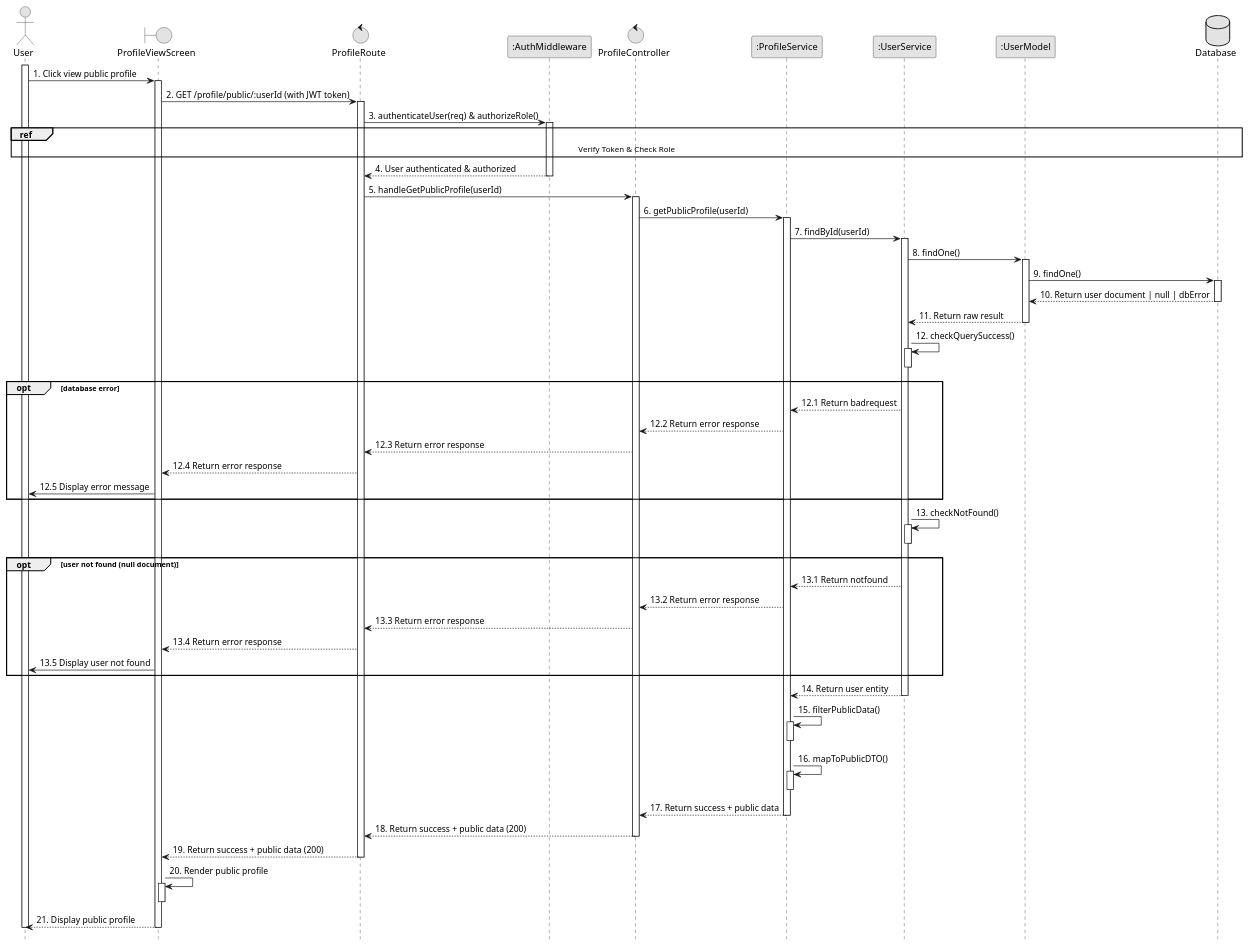
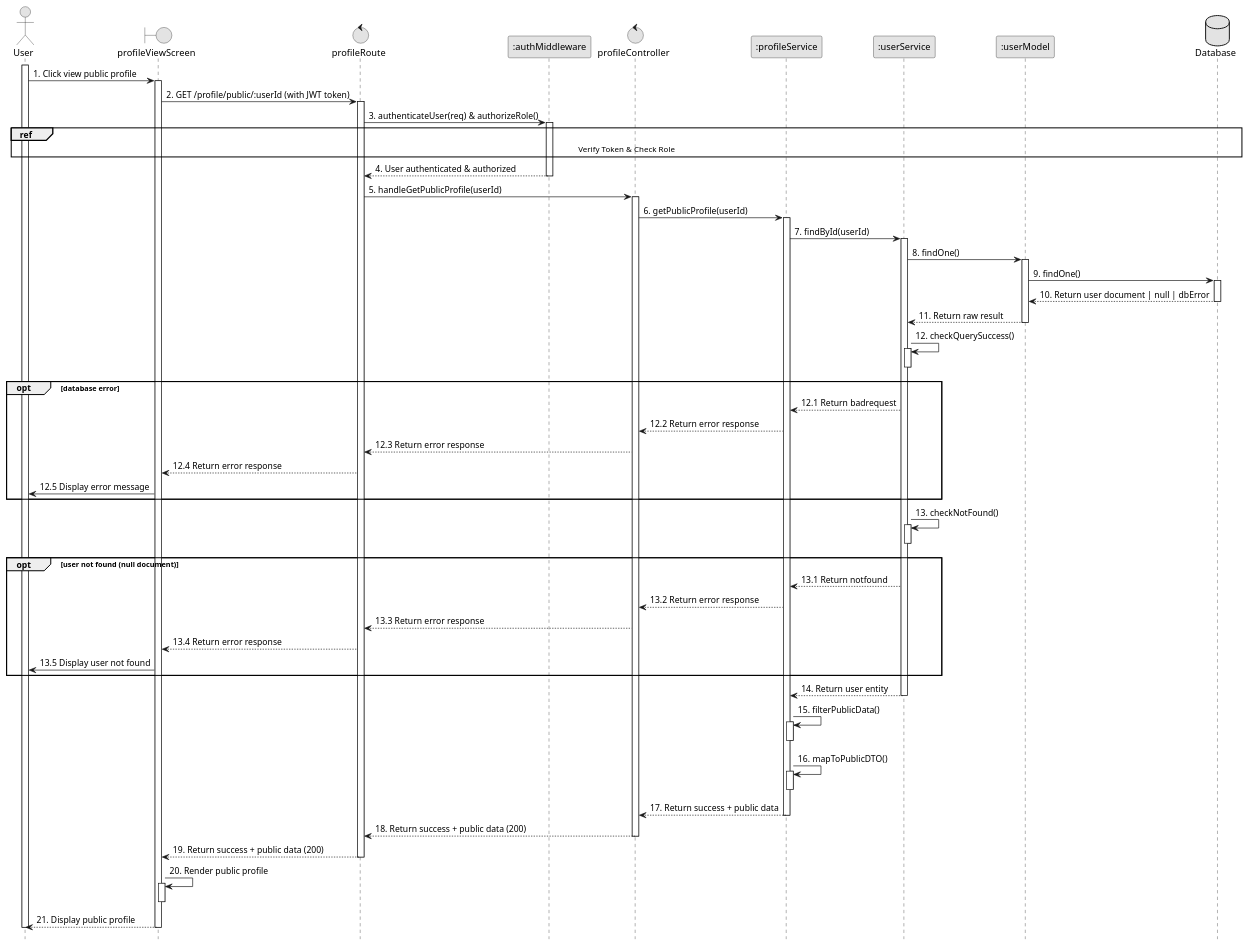
The diagram in planuml/web/9.3_viewPublicProfile.puml (VietDurian/VietDurian), drawn with PlantUML before and after one commit. The commit also changed 23 other files, not shown here.

Commit message:
ViVLT Add sequences

```diff
--- a/planuml/web/9.3_viewPublicProfile.puml
+++ b/planuml/web/9.3_viewPublicProfile.puml
@@ -1,82 +1,82 @@
 @startuml 9.3_viewPublicProfile
 skinparam monochrome true
 skinparam shadowing false
 skinparam sequenceArrowThickness 1
 hide footbox
 
 actor User
-boundary ProfileViewScreen as UI
-control ProfileRoute as Route
-participant ":AuthMiddleware" as AuthMiddleware
-control ProfileController as Controller
-participant ":ProfileService" as ProfileService
-participant ":UserService" as UserService
-participant ":UserModel" as UserModel
+boundary profileViewScreen as UI
+control profileRoute as Route
+participant ":authMiddleware" as AuthMiddleware
+control profileController as Controller
+participant ":profileService" as ProfileService
+participant ":userService" as UserService
+participant ":userModel" as UserModel
 database Database as DB
 
 activate User
 User -> UI : 1. Click view public profile
 activate UI
 UI -> Route : 2. GET /profile/public/:userId (with JWT token)
 activate Route
 Route -> AuthMiddleware : 3. authenticateUser(req) & authorizeRole()
 activate AuthMiddleware
 ref over User, DB: Verify Token & Check Role
 AuthMiddleware --> Route : 4. User authenticated & authorized
 deactivate AuthMiddleware
 Route -> Controller : 5. handleGetPublicProfile(userId)
 activate Controller
 Controller -> ProfileService : 6. getPublicProfile(userId)
 activate ProfileService
 ProfileService -> UserService : 7. findById(userId)
 activate UserService
 UserService -> UserModel : 8. findOne()
 activate UserModel
 UserModel -> DB : 9. findOne()
 activate DB
 DB --> UserModel : 10. Return user document | null | dbError
 deactivate DB
 UserModel --> UserService : 11. Return raw result
 deactivate UserModel
 UserService -> UserService : 12. checkQuerySuccess()
 activate UserService
 deactivate UserService
 opt database error
     UserService --> ProfileService : 12.1 Return badrequest
     ProfileService --> Controller : 12.2 Return error response
     Controller --> Route : 12.3 Return error response
     Route --> UI : 12.4 Return error response
     UI -> User : 12.5 Display error message
 end
 UserService -> UserService : 13. checkNotFound()
 activate UserService
 deactivate UserService
 opt user not found (null document)
     UserService --> ProfileService : 13.1 Return notfound
     ProfileService --> Controller : 13.2 Return error response
     Controller --> Route : 13.3 Return error response
     Route --> UI : 13.4 Return error response
     UI -> User : 13.5 Display user not found
 end
 UserService --> ProfileService : 14. Return user entity
 deactivate UserService
 ProfileService -> ProfileService : 15. filterPublicData()
 activate ProfileService
 deactivate ProfileService
 ProfileService -> ProfileService : 16. mapToPublicDTO()
 activate ProfileService
 deactivate ProfileService
 ProfileService --> Controller : 17. Return success + public data
 deactivate ProfileService
 Controller --> Route : 18. Return success + public data (200)
 deactivate Controller
 Route --> UI : 19. Return success + public data (200)
 deactivate Route
 UI -> UI : 20. Render public profile
 activate UI
 deactivate UI
 UI --> User : 21. Display public profile
 deactivate UI
 deactivate User
 
 @enduml
```
